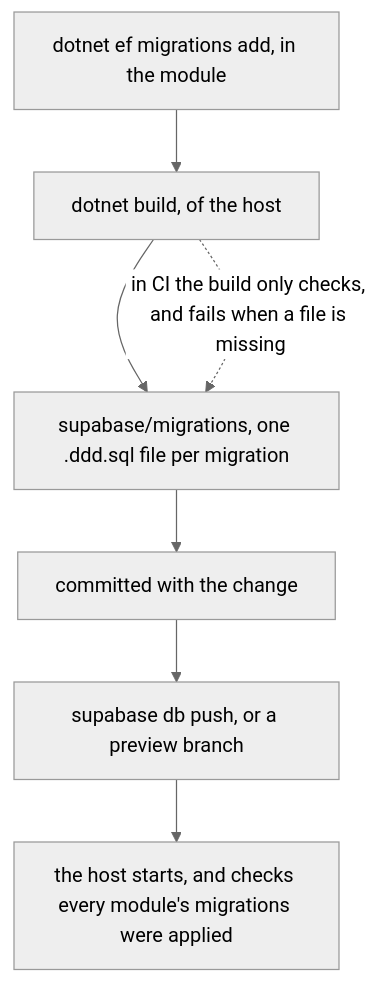
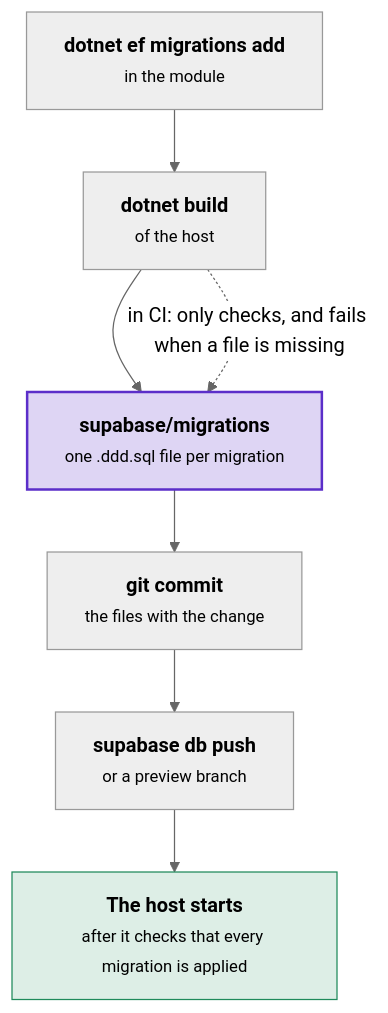
The first of 10 diagrams in docs/supabase.md (DylanSnel/DDDToolkit), drawn with Mermaid (neutral theme) before and after one commit. The commit also changed other lines of this file and 41 other files, not shown here.

First line of the commit message:
Docs: plain prose, one word per concept, and readable diagrams on every page

````diff
--- a/docs/supabase.md
+++ b/docs/supabase.md
@@ -21,9 +22,19 @@
 ```mermaid
 flowchart TB
-    Add["dotnet ef migrations add, in the module"] --> Build["dotnet build, of the host"]
-    Build --> Files["supabase/migrations, one .ddd.sql file per migration"]
-    Files --> Commit["committed with the change"]
-    Commit --> Push["supabase db push, or a preview branch"]
-    Push --> Start["the host starts, and checks every module's migrations were applied"]
-    Build -. "in CI the build only checks, and fails when a file is missing" .-> Files
+    add["<b>dotnet ef migrations add</b><br/><small>in the module</small>"]
+    build["<b>dotnet build</b><br/><small>of the host</small>"]
+    files["<b>supabase/migrations</b><br/><small>one .ddd.sql file per migration</small>"]
+    commit["<b>git commit</b><br/><small>the files with the change</small>"]
+    push["<b>supabase db push</b><br/><small>or a preview branch</small>"]
+    start["<b>The host starts</b><br/><small>after it checks that every migration is applied</small>"]
+    add --> build
+    build --> files
+    files --> commit
+    commit --> push
+    push --> start
+    build -. "in CI: only checks, and fails when a file is missing" .-> files
+    classDef strong fill:#5b2ec933,stroke:#5b2ec9,stroke-width:2px
+    classDef good fill:#1f8a5b26,stroke:#1f8a5b
+    class files strong
+    class start good
 ```
````
